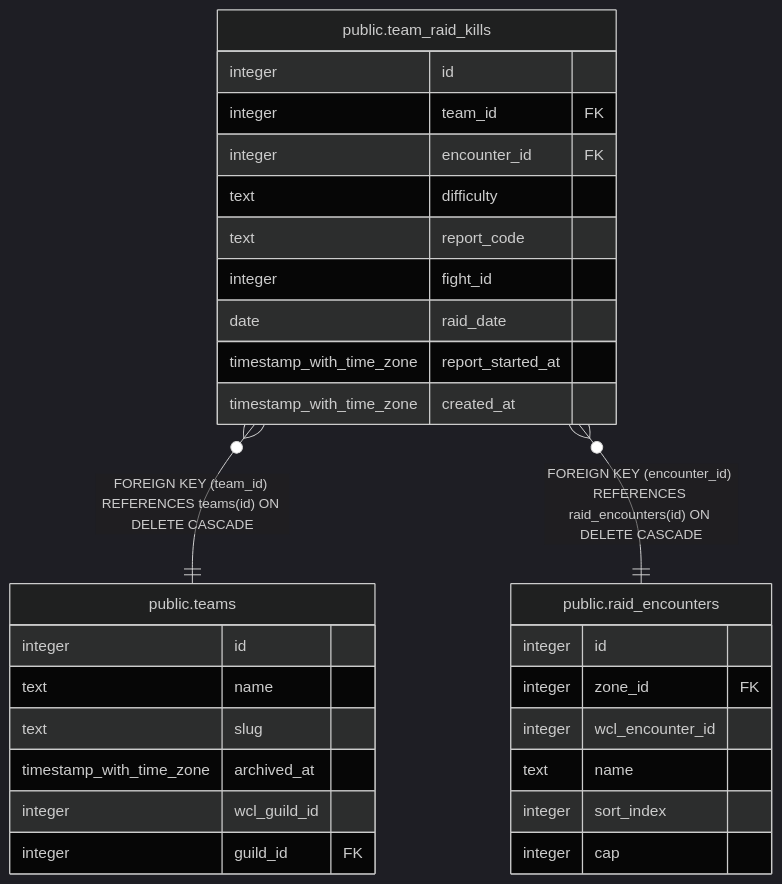
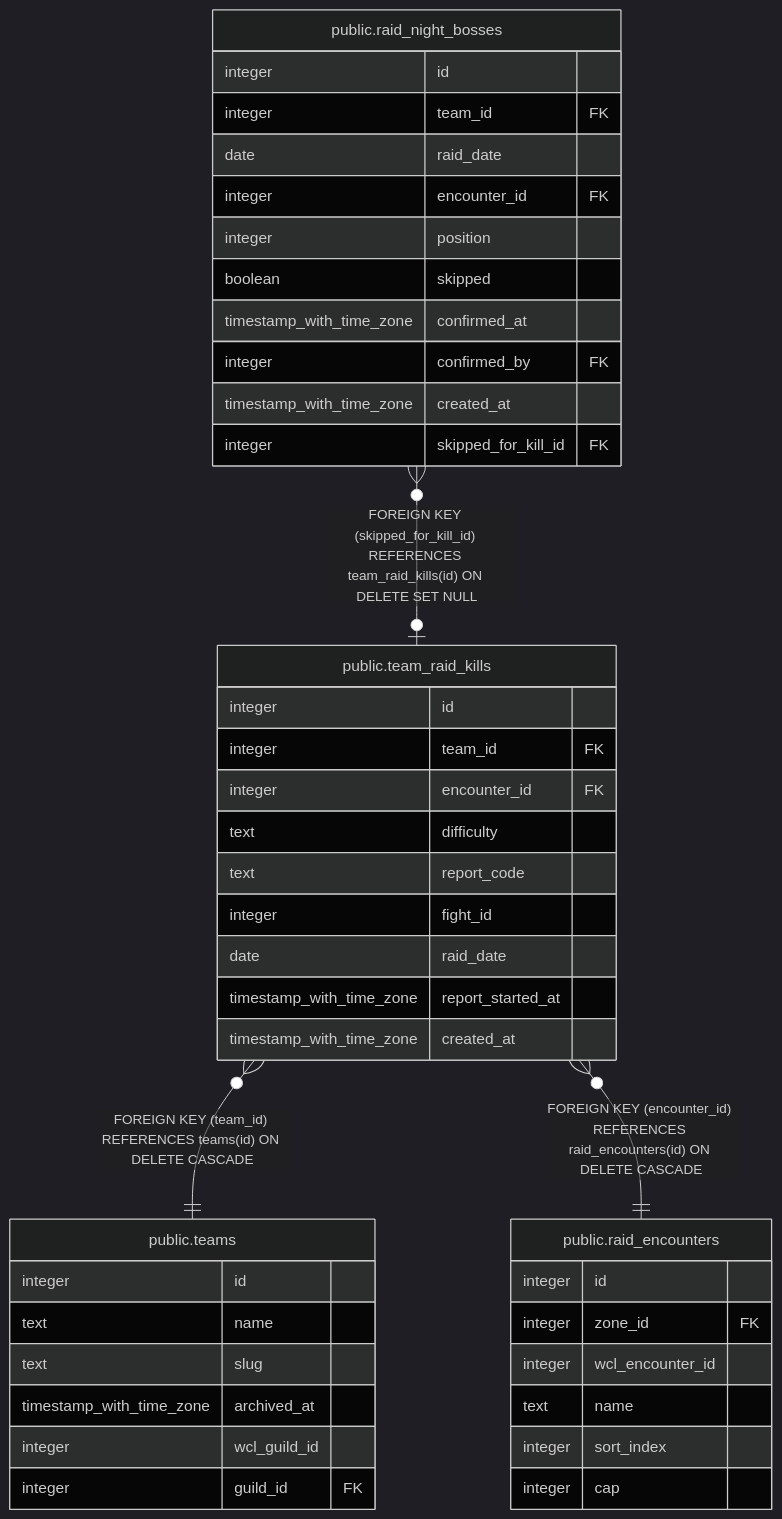
The diagram in dbdoc/public.team_raid_kills.md (katogaming88/WGA-Raid-Hub), drawn with Mermaid (dark theme) before and after one commit. The commit also changed other lines of this file and 34 other files, not shown here.

````diff
--- a/dbdoc/public.team_raid_kills.md
+++ b/dbdoc/public.team_raid_kills.md
@@ -41,34 +47,47 @@
 ```mermaid
 erDiagram
 
+"public.raid_night_bosses" }o--o| "public.team_raid_kills" : "FOREIGN KEY (skipped_for_kill_id) REFERENCES team_raid_kills(id) ON DELETE SET NULL"
 "public.team_raid_kills" }o--|| "public.teams" : "FOREIGN KEY (team_id) REFERENCES teams(id) ON DELETE CASCADE"
 "public.team_raid_kills" }o--|| "public.raid_encounters" : "FOREIGN KEY (encounter_id) REFERENCES raid_encounters(id) ON DELETE CASCADE"
 
 "public.team_raid_kills" {
   integer id
   integer team_id FK
   integer encounter_id FK
   text difficulty
   text report_code
   integer fight_id
   date raid_date
   timestamp_with_time_zone report_started_at
   timestamp_with_time_zone created_at
+}
+"public.raid_night_bosses" {
+  integer id
+  integer team_id FK
+  date raid_date
+  integer encounter_id FK
+  integer position
+  boolean skipped
+  timestamp_with_time_zone confirmed_at
+  integer confirmed_by FK
+  timestamp_with_time_zone created_at
+  integer skipped_for_kill_id FK
 }
 "public.teams" {
   integer id
   text name
   text slug
   timestamp_with_time_zone archived_at
   integer wcl_guild_id
   integer guild_id FK
 }
 "public.raid_encounters" {
   integer id
   integer zone_id FK
   integer wcl_encounter_id
   text name
   integer sort_index
   integer cap
 }
 ```
````
